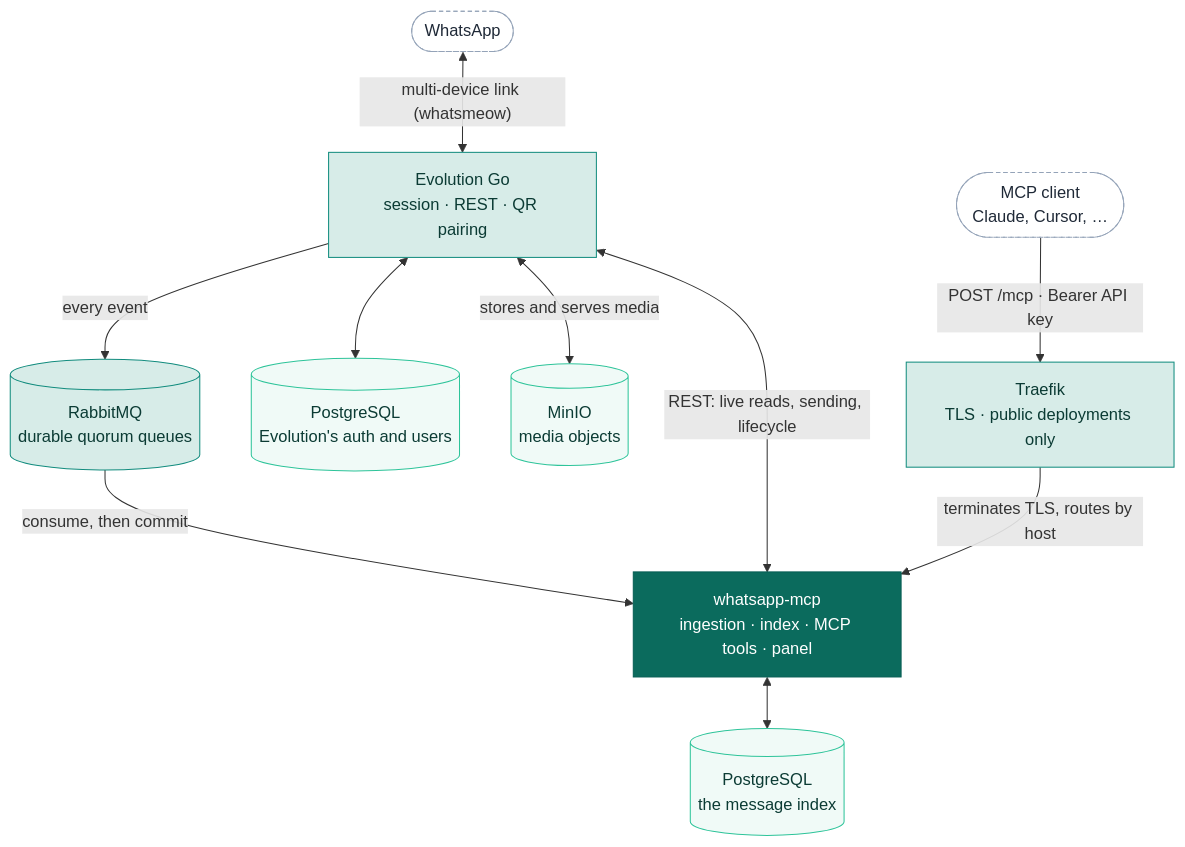
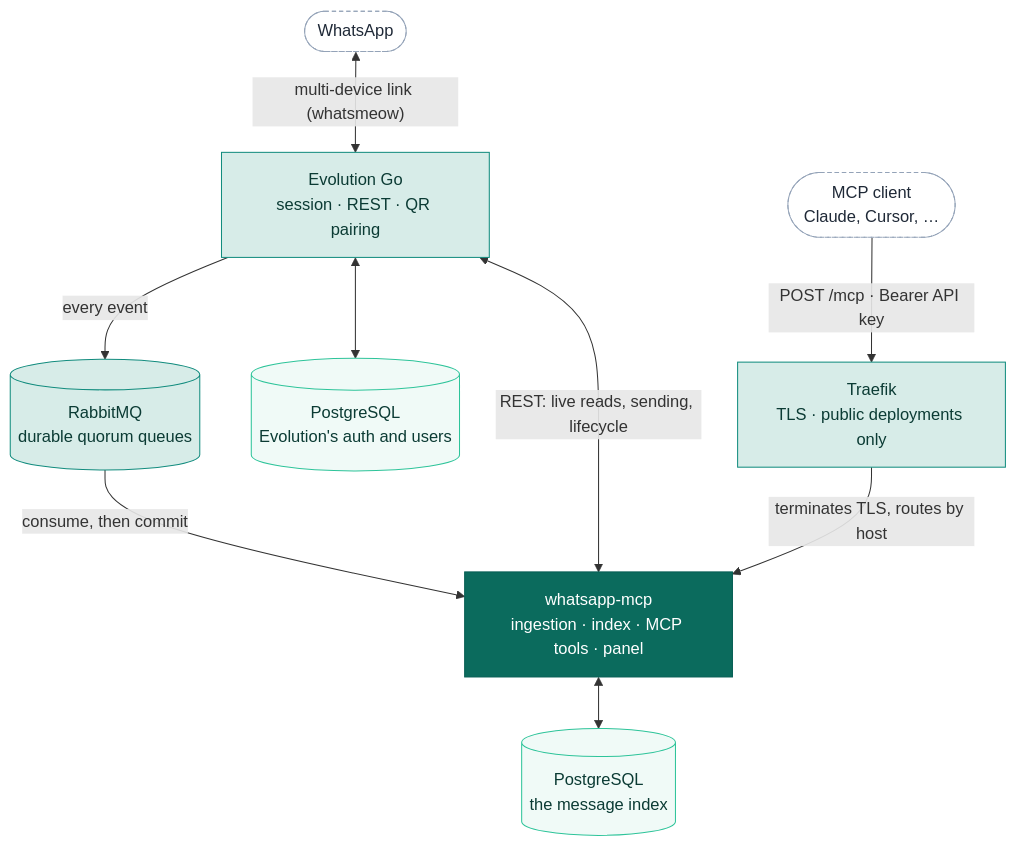
One commit to BrOrlandi/whatsapp-mcp changed the diagram in docs/architecture.md. Above: the diagram before and after it, drawn with Mermaid. The commit also changed other lines of this file and 9 other files, not shown here.

````diff
--- a/docs/architecture.md
+++ b/docs/architecture.md
@@ -21,35 +21,33 @@
 ```mermaid
 flowchart TD
     WA(["WhatsApp"])
     EVO["Evolution Go<br/>session · REST · QR pairing"]
     MQ[("RabbitMQ<br/>durable quorum queues")]
     GW["whatsapp-mcp<br/>ingestion · index · MCP tools · panel"]
     DB[("PostgreSQL<br/>the message index")]
     EVODB[("PostgreSQL<br/>Evolution's auth and users")]
-    MINIO[("MinIO<br/>media objects")]
     PROXY["Traefik<br/>TLS · public deployments only"]
     CLIENT(["MCP client<br/>Claude, Cursor, …"])
 
     WA <-->|"multi-device link (whatsmeow)"| EVO
     EVO -->|"every event"| MQ
     MQ -->|"consume, then commit"| GW
     EVO <-->|"REST: live reads, sending, lifecycle"| GW
     EVO <--> EVODB
-    EVO <-->|"stores and serves media"| MINIO
     GW <--> DB
     CLIENT -->|"POST /mcp · Bearer API key"| PROXY
     PROXY -->|"terminates TLS, routes by host"| GW
 
     %% Fill, stroke and text colour are all set explicitly, because GitHub
     %% renders this against a light or a dark page and only the values named
     %% here survive both.
     classDef repo fill:#0b6b5d,stroke:#075e54,color:#ffffff
     classDef service fill:#d7ece8,stroke:#128c7e,color:#0b3b34
     classDef store fill:#f0faf7,stroke:#2ec49a,color:#0b3b34
     classDef outside fill:#ffffff,stroke:#94a3b8,color:#1f2937,stroke-dasharray:4 3
 
     class GW repo
     class EVO,MQ,PROXY service
-    class DB,EVODB,MINIO store
+    class DB,EVODB store
     class WA,CLIENT outside
 ```
````
